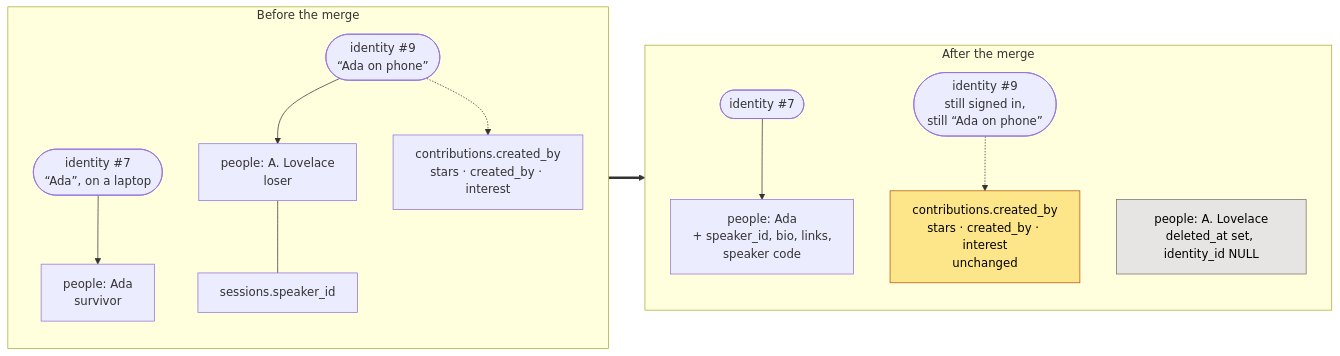
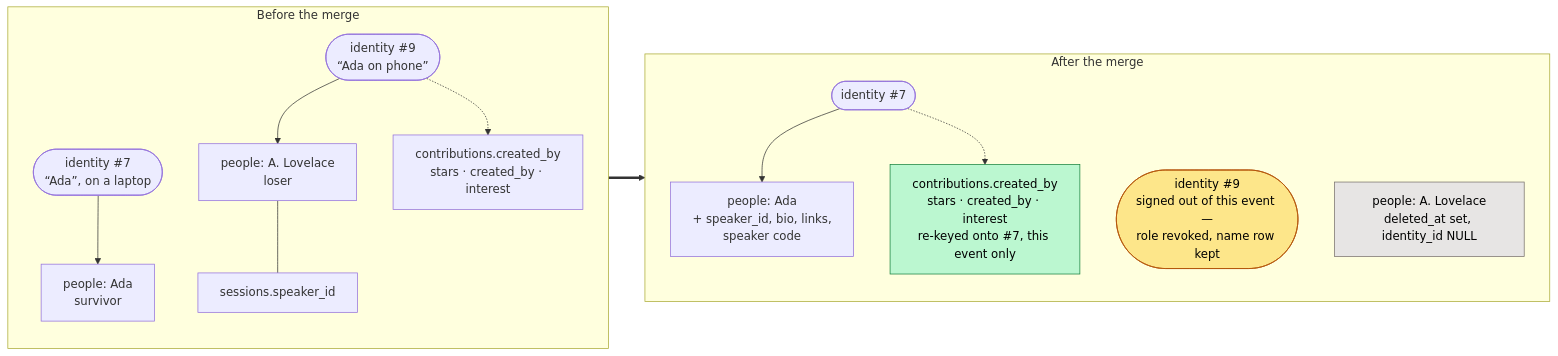
Before and after one commit to argonyme-tech/LibreSesh: the second of 2 diagrams in ARCHITECTURE.md, drawn with Mermaid. The commit also changed other lines of this file and 5 other files, not shown here.

````diff
--- a/ARCHITECTURE.md
+++ b/ARCHITECTURE.md
@@ -262,22 +263,24 @@
 ```mermaid
 flowchart LR
   subgraph before["Before the merge"]
     direction TB
     I1(["identity #7<br/>“Ada”, on a laptop"]) --> P1["people: Ada<br/>survivor"]
     I2(["identity #9<br/>“Ada on phone”"]) --> P2["people: A. Lovelace<br/>loser"]
     P2 --- SS1["sessions.speaker_id"]
     I2 -.-> C1["contributions.created_by<br/>stars · created_by · interest"]
   end
 
   subgraph after["After the merge"]
     direction TB
     I1b(["identity #7"]) --> P1b["people: Ada<br/>+ speaker_id, bio, links,<br/>speaker code"]
-    I2b(["identity #9<br/>still signed in,<br/>still “Ada on phone”"]) -.-> C2["contributions.created_by<br/>stars · created_by · interest<br/>unchanged"]
+    I1b -.-> C2["contributions.created_by<br/>stars · created_by · interest<br/>re-keyed onto #7, this event only"]
+    I2b(["identity #9<br/>signed out of this event —<br/>role revoked, name row kept"])
     P2b["people: A. Lovelace<br/>deleted_at set, identity_id NULL"]
   end
 
   before ==> after
 
   style P2b fill:#e7e5e4,stroke:#78716c,color:#000
-  style C2 fill:#fde68a,stroke:#b45309,color:#000
+  style C2 fill:#bbf7d0,stroke:#15803d,color:#000
+  style I2b fill:#fde68a,stroke:#b45309,color:#000
 ```
````
